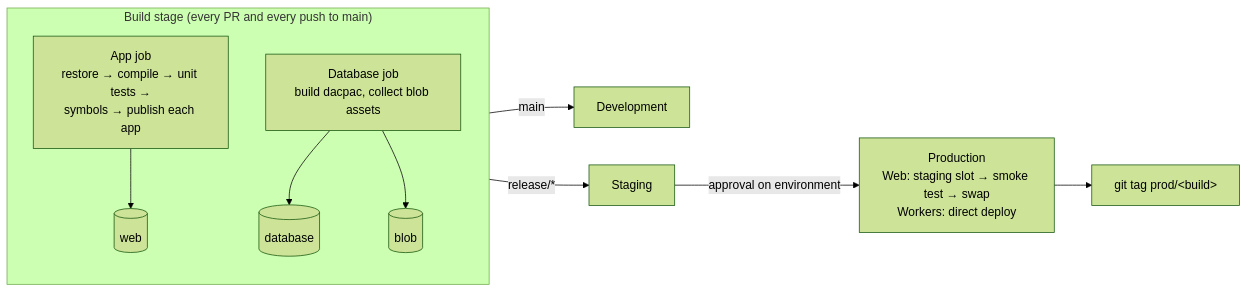
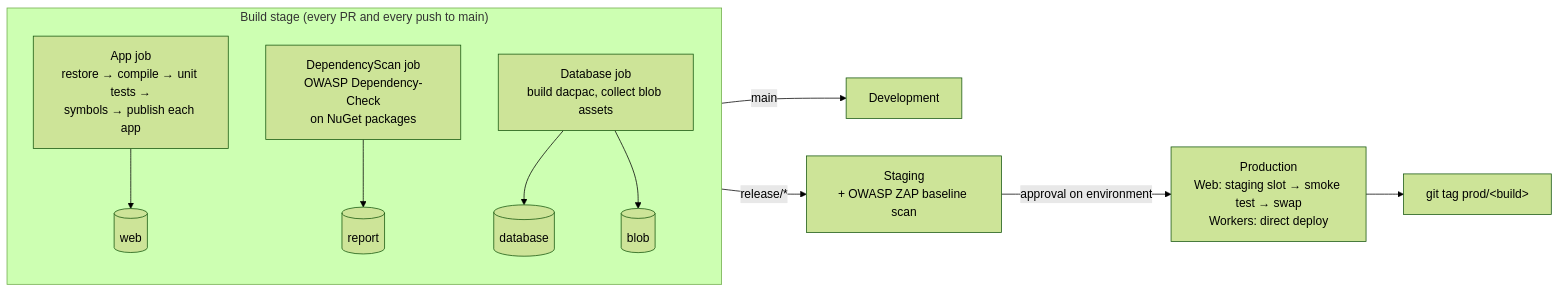
The diagram in docs/pipeline/README.md (VitaliiDruchkovskyi/test), drawn with Mermaid (forest theme) before and after one commit. The commit also changed other lines of this file and 6 other files, not shown here.

First line of the commit message:
ci(security): add OWASP Dependency-Check, ZAP baseline and smoke tests

````diff
--- a/docs/pipeline/README.md
+++ b/docs/pipeline/README.md
@@ -23,13 +23,14 @@
 ```mermaid
 flowchart LR
   subgraph Build["Build stage (every PR and every push to main)"]
     direction TB
     A["App job<br/>restore → compile → unit tests →<br/>symbols → publish each app"] --> W[(web)]
+    S["DependencyScan job<br/>OWASP Dependency-Check<br/>on NuGet packages"] --> R[(report)]
     D["Database job<br/>build dacpac, collect blob assets"] --> DB[(database)]
     D --> B[(blob)]
   end
   Build -->|main| Dev[Development]
-  Build -->|release/*| Stg[Staging]
+  Build -->|release/*| Stg["Staging<br/>+ OWASP ZAP baseline scan"]
   Stg -->|approval on environment| Prod["Production<br/>Web: staging slot → smoke test → swap<br/>Workers: direct deploy"]
   Prod --> Tag["git tag prod/&lt;build&gt;"]
 ```
````
